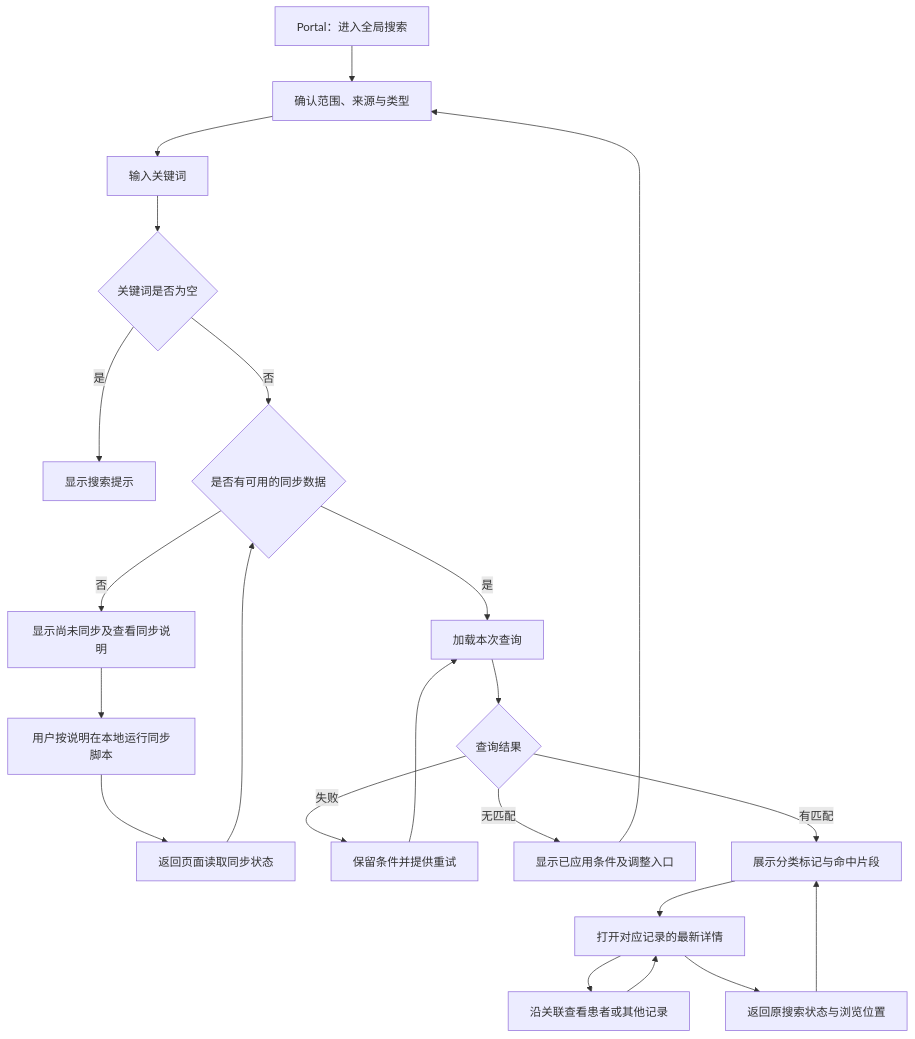
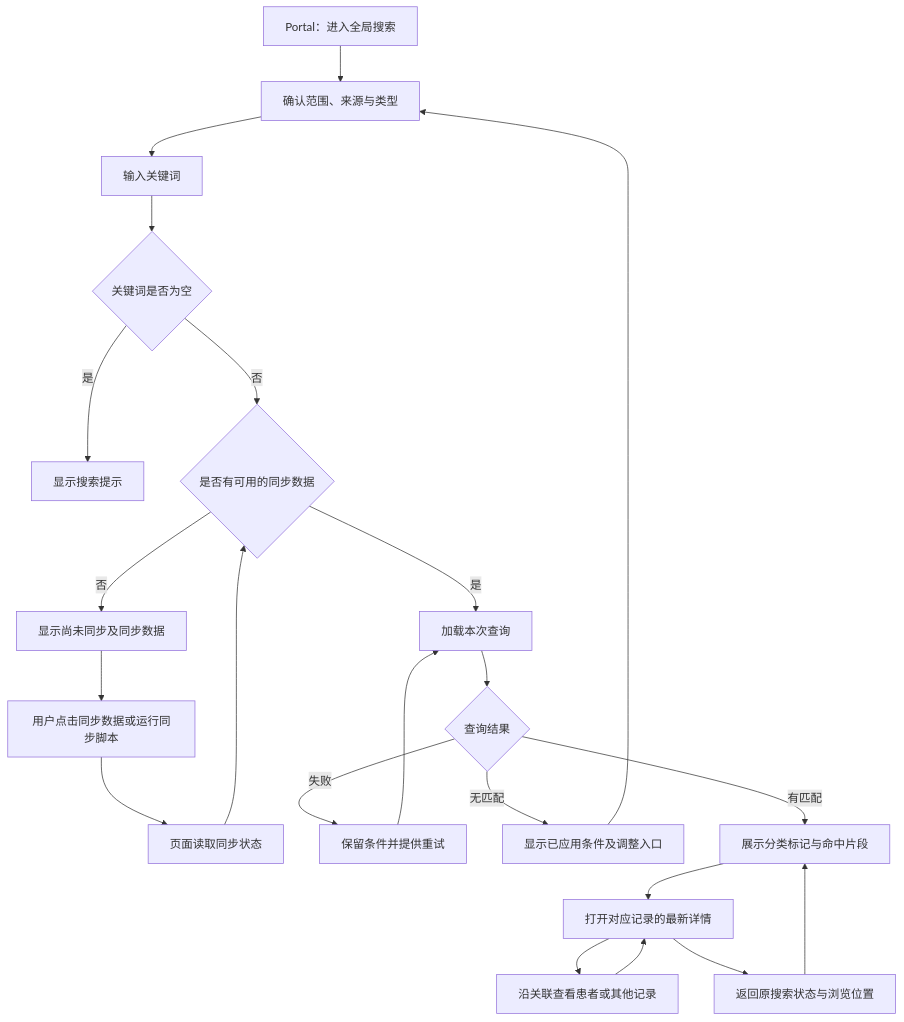
The diagram in docs/interaction-flows.md (VINEtom/OpenSearch), drawn with Mermaid before and after one commit. The commit also changed other lines of this file and 20 other files, not shown here.

````diff
--- a/docs/interaction-flows.md
+++ b/docs/interaction-flows.md
@@ -67,24 +67,24 @@
 ```mermaid
 flowchart TD
     A[Portal：进入全局搜索] --> B[确认范围、来源与类型]
     B --> C[输入关键词]
     C --> D{关键词是否为空}
     D -->|是| E[显示搜索提示]
     D -->|否| F{是否有可用的同步数据}
-    F -->|否| G[显示尚未同步及查看同步说明]
-    G --> P[用户按说明在本地运行同步脚本]
-    P --> Q[返回页面读取同步状态]
+    F -->|否| G[显示尚未同步及同步数据]
+    G --> P[用户点击同步数据或运行同步脚本]
+    P --> Q[页面读取同步状态]
     Q --> F
     F -->|是| H[加载本次查询]
     H --> I{查询结果}
     I -->|失败| J[保留条件并提供重试]
     J --> H
     I -->|无匹配| K[显示已应用条件及调整入口]
     K --> B
     I -->|有匹配| L[展示分类标记与命中片段]
     L --> M[打开对应记录的最新详情]
     M --> N[沿关联查看患者或其他记录]
     N --> M
     M --> O[返回原搜索状态与浏览位置]
     O --> L
 ```
````
